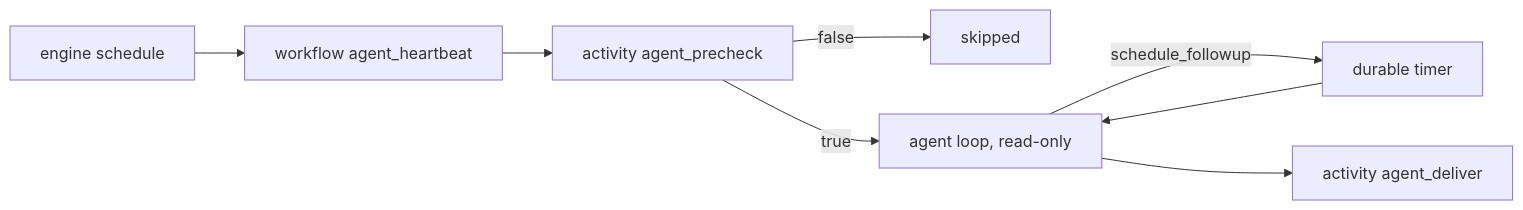
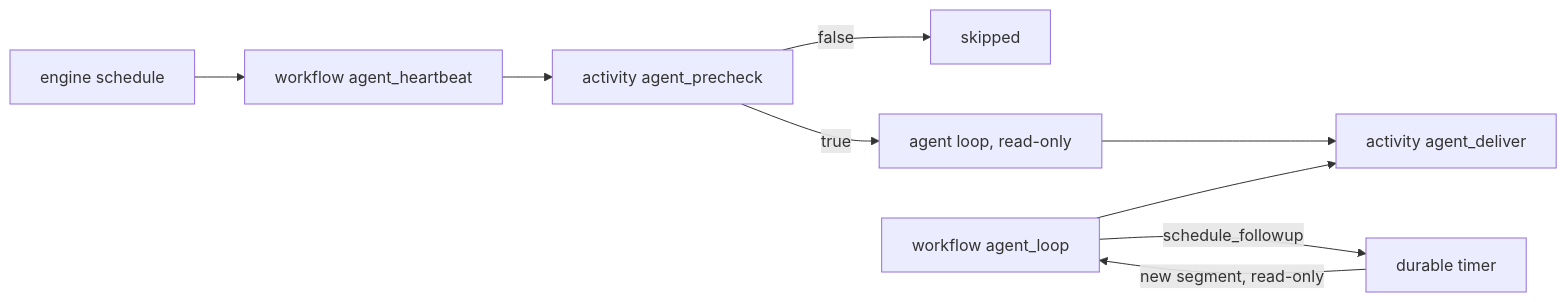
Before and after one commit to autumn-foundation/autumn-harvest: the second of 2 diagrams in docs/agent-adapter.md, drawn with Mermaid. The commit also changed other lines of this file and 15 other files, not shown here.

````diff
--- a/docs/agent-adapter.md
+++ b/docs/agent-adapter.md
@@ -272,10 +282,11 @@
 ```mermaid
 flowchart LR
   S["engine schedule"] --> H["workflow agent_heartbeat"]
   H --> P["activity agent_precheck"]
   P -->|false| E[skipped]
-  P -->|true| L["agent loop, read-only"]
-  L -->|schedule_followup| T["durable timer"]
-  T --> L
-  L --> D["activity agent_deliver"]
+  P -->|true| B["agent loop, read-only"]
+  B --> D["activity agent_deliver"]
+  R["workflow agent_loop"] -->|schedule_followup| T["durable timer"]
+  T -->|"new segment, read-only"| R
+  R --> D
 ```
````
